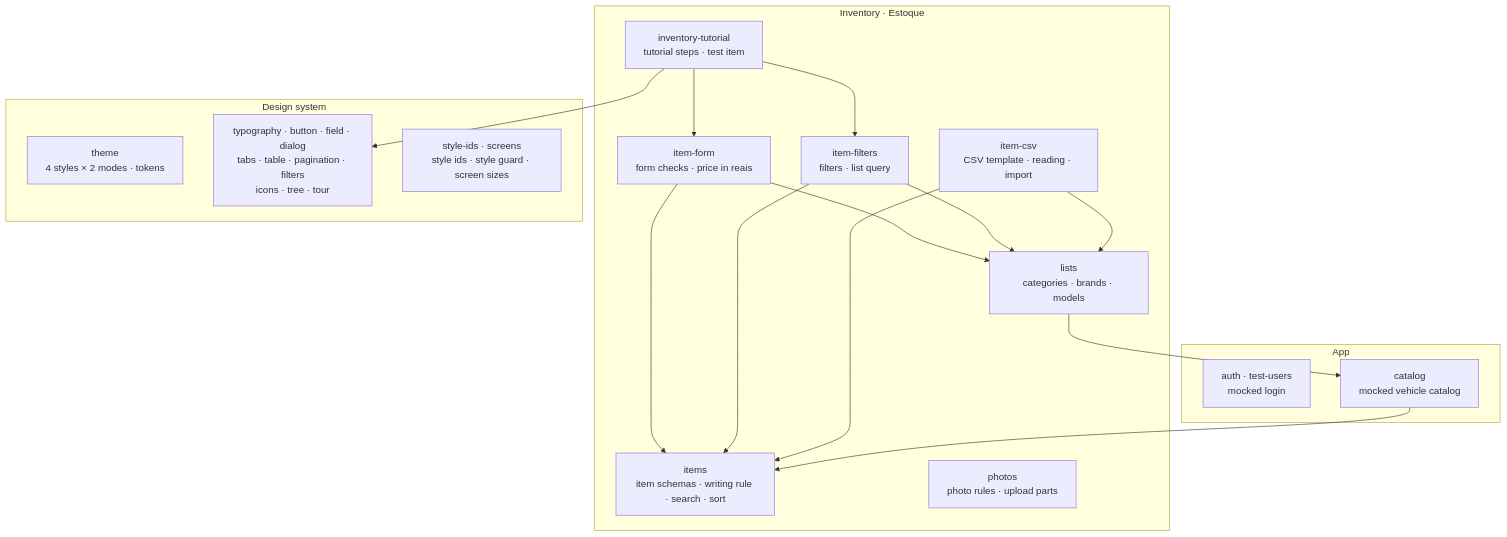
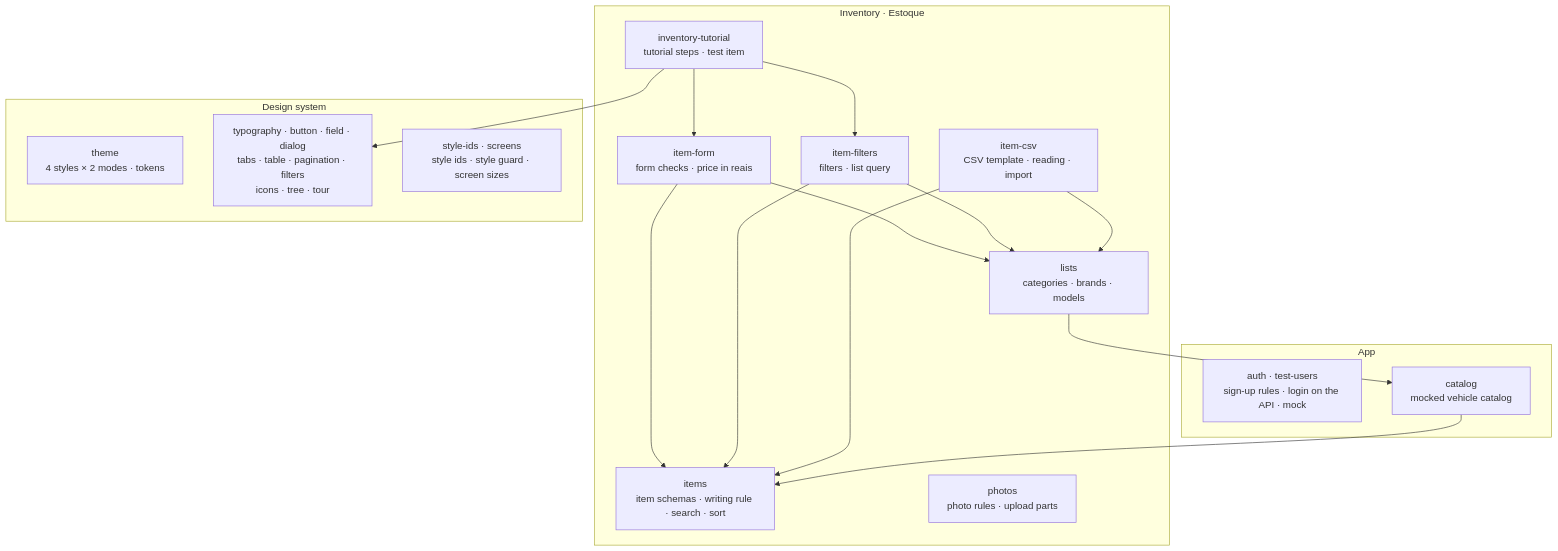
The second of 4 diagrams in docs/architecture.md (ChrisCamilo/apc-universal-repair), drawn with Mermaid before and after one commit. The commit also changed other lines of this file, not shown here.

Commit message:
docs: Describe sign-up and login through the API in the architecture

````diff
--- a/docs/architecture.md
+++ b/docs/architecture.md
@@ -41,32 +41,32 @@
 ```mermaid
 flowchart TB
     subgraph inventory["Inventory · Estoque"]
         items["items<br/>item schemas · writing rule · search · sort"]
         itemForm["item-form<br/>form checks · price in reais"]
         itemFilters["item-filters<br/>filters · list query"]
         itemCsv["item-csv<br/>CSV template · reading · import"]
         lists["lists<br/>categories · brands · models"]
         photos["photos<br/>photo rules · upload parts"]
         tutorial["inventory-tutorial<br/>tutorial steps · test item"]
     end
     subgraph ui["Design system"]
         theme["theme<br/>4 styles × 2 modes · tokens"]
         rest["typography · button · field · dialog<br/>tabs · table · pagination · filters<br/>icons · tree · tour"]
         styling["style-ids · screens<br/>style ids · style guard · screen sizes"]
     end
     subgraph other["App"]
-        auth["auth · test-users<br/>mocked login"]
+        auth["auth · test-users<br/>sign-up rules · login on the API · mock"]
         catalog["catalog<br/>mocked vehicle catalog"]
     end
     itemForm --> items
     itemFilters --> items
     itemCsv --> items
     itemForm --> lists
     itemFilters --> lists
     itemCsv --> lists
     lists --> catalog
     catalog --> items
     tutorial --> itemForm
     tutorial --> itemFilters
     tutorial --> rest
 ```
````
